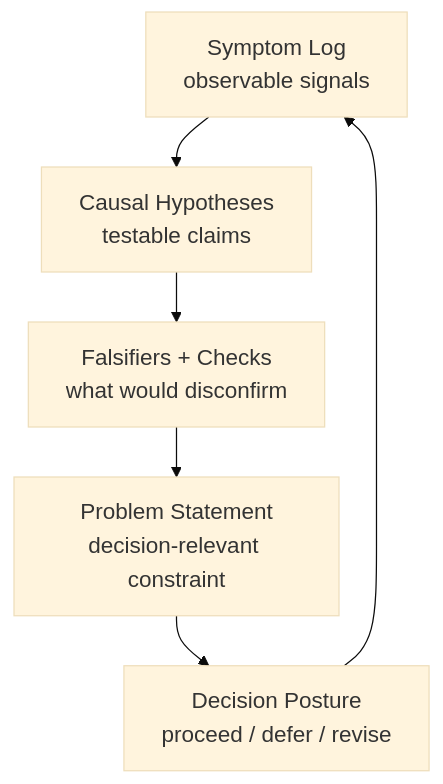
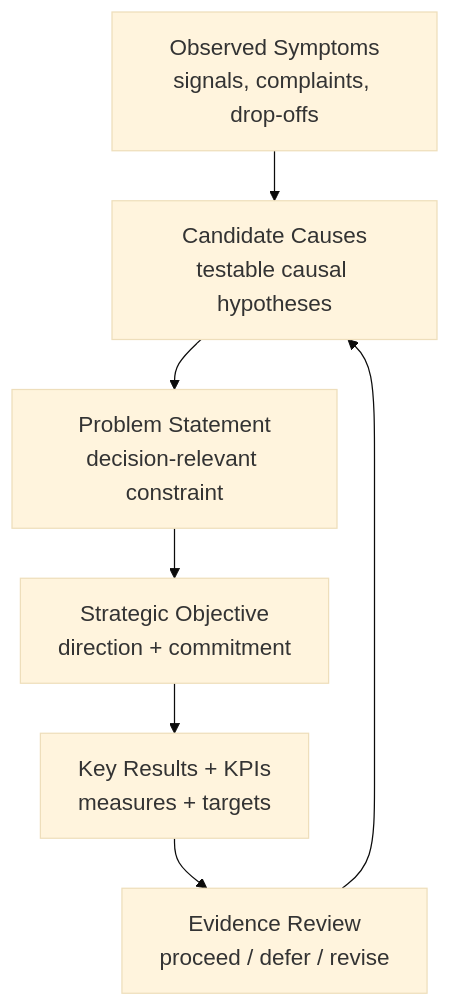
One commit to micro-canvas-framework/micro-canvas-framework.github.io changed the diagram in docs/book/phase-2/12-ProblemsAndOKRs.md. Above: the diagram before and after it, drawn with Mermaid. The commit also changed other lines of this file, not shown here.

Commit message:
docs(book): fix ch12 formatting and move figure 9 under header

````diff
--- a/docs/book/phase-2/12-ProblemsAndOKRs.md
+++ b/docs/book/phase-2/12-ProblemsAndOKRs.md
@@ -149,9 +67,10 @@
 ```mermaid
 %%{init: {"theme":"base","flowchart":{"nodeSpacing":40,"rankSpacing":40},"themeVariables":{"fontSize":"18px"}} }%%
 flowchart TB
-  A[Symptom Log<br/>observable signals] --> B[Causal Hypotheses<br/>testable claims]
-  B --> C[Falsifiers + Checks<br/>what would disconfirm]
-  C --> D[Problem Statement<br/>decision-relevant constraint]
-  D --> E[Decision Posture<br/>proceed / defer / revise]
-  E --> A
+  A[Observed Symptoms<br/>signals, complaints, drop-offs] --> B[Candidate Causes<br/>testable causal hypotheses]
+  B --> C[Problem Statement<br/>decision-relevant constraint]
+  C --> D[Strategic Objective<br/>direction + commitment]
+  D --> E[Key Results + KPIs<br/>measures + targets]
+  E --> F[Evidence Review<br/>proceed / defer / revise]
+  F --> B
 ```
````
